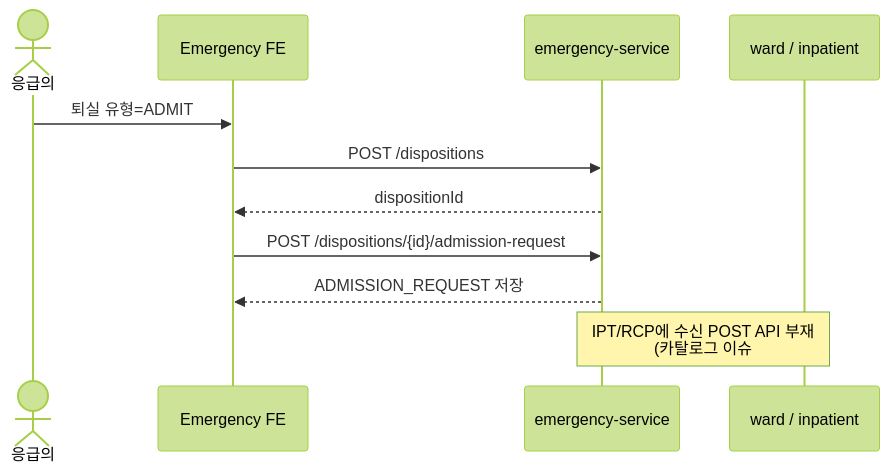
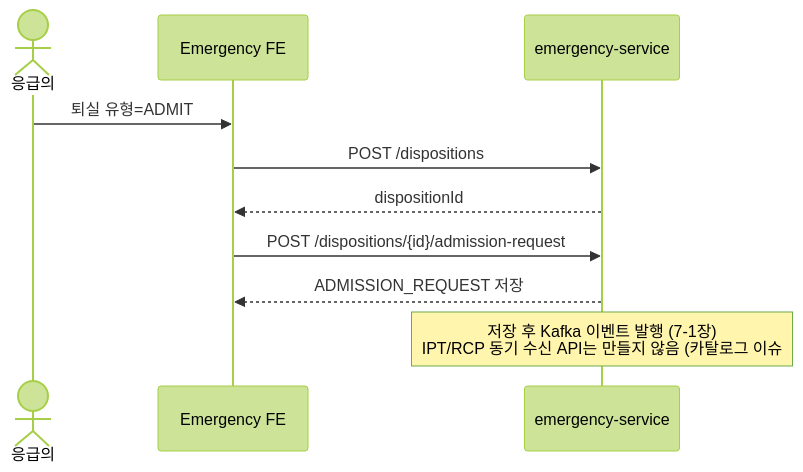
One commit to SEOUL-IT-HIS/emergency-service changed the seventh of 9 diagrams in docs/flow.md. Above: the diagram before and after it, drawn with Mermaid (forest theme). The commit also changed other lines of this file and 14 other files, not shown here.

First line of the commit message:
docs: 비동기 이벤트(Kafka) 아키텍처 반영 + triage API postman 컬렉션 추가

````diff
--- a/docs/flow.md
+++ b/docs/flow.md
@@ -154,15 +154,14 @@
 ```mermaid
 sequenceDiagram
   actor MD as 응급의
   participant FE as Emergency FE
   participant EMG as emergency-service
-  participant IPT as ward / inpatient
 
   MD->>FE: 퇴실 유형=ADMIT
   FE->>EMG: POST /dispositions
   EMG-->>FE: dispositionId
 
   FE->>EMG: POST /dispositions/{id}/admission-request
   EMG-->>FE: ADMISSION_REQUEST 저장
-  Note over EMG,IPT: IPT/RCP에 수신 POST API 부재<br/>(카탈로그 이슈#6) — 동기 or 이벤트 확정 필요
+  Note over EMG: 저장 후 Kafka 이벤트 발행 (7-1장)<br/>IPT/RCP 동기 수신 API는 만들지 않음 (카탈로그 이슈#6 해결)
 ```
````
